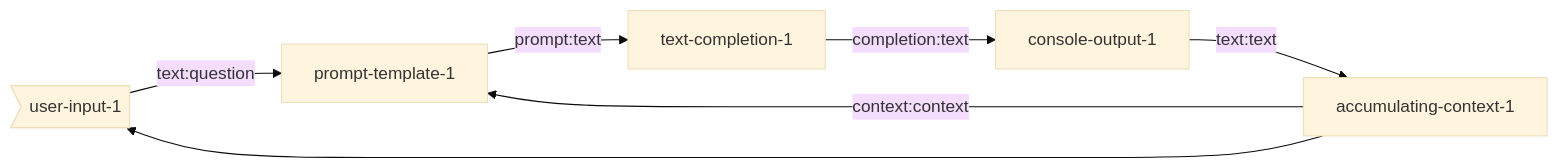
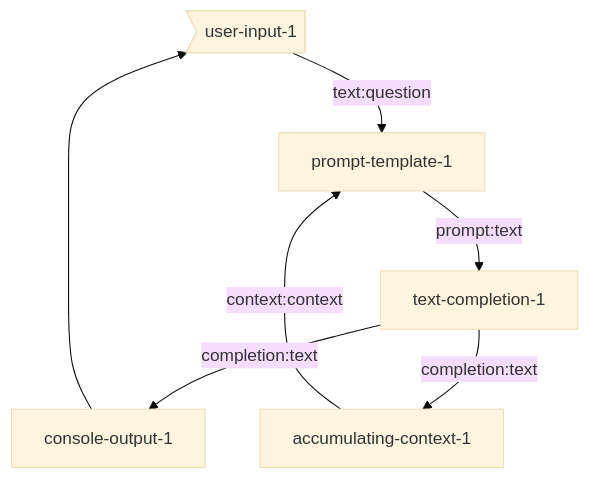
Before and after one commit to breadboard-ai/breadboard: the diagram in seeds/graph-playground/docs/graphs/accumulating-context.md, drawn with Mermaid (base theme). The commit also changed 5 other files, not shown here.

Commit message:
[graph-playground] TD mode seems to work better.

````diff
--- a/seeds/graph-playground/docs/graphs/accumulating-context.md
+++ b/seeds/graph-playground/docs/graphs/accumulating-context.md
@@ -4,9 +4,9 @@
 ```mermaid
-graph LR;
+graph TD;
 user-input-1>user-input-1] -- text:question --> prompt-template-1
 prompt-template-1 -- prompt:text --> text-completion-1
 text-completion-1 -- completion:text --> console-output-1
-console-output-1 -- text:text --> accumulating-context-1
-accumulating-context-1 --> user-input-1
+text-completion-1 -- completion:text --> accumulating-context-1
+console-output-1 --> user-input-1
 accumulating-context-1 -- context:context --> prompt-template-1
 ```
````
